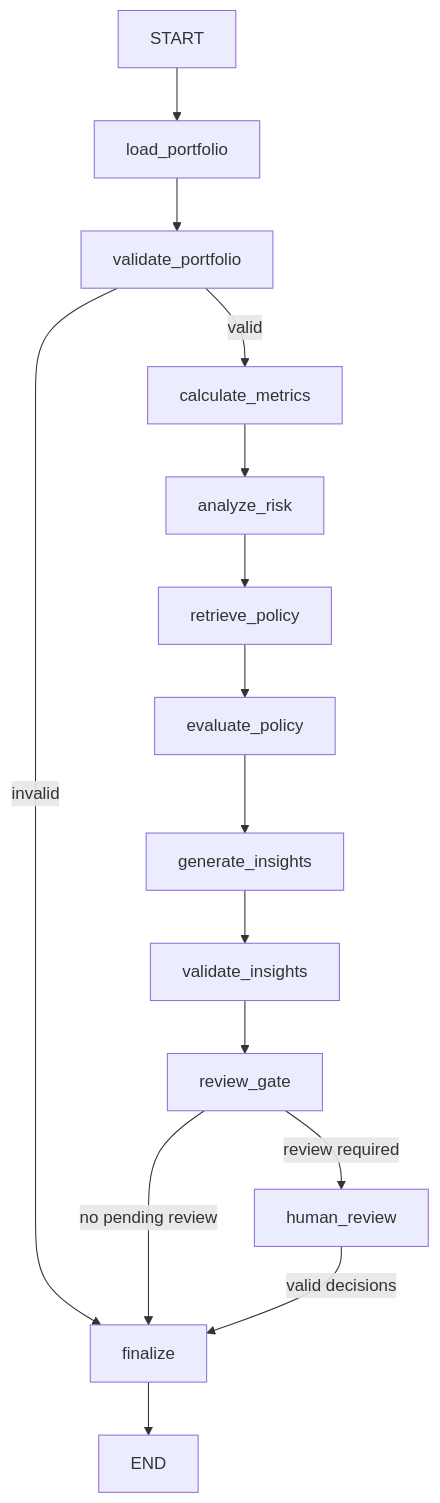
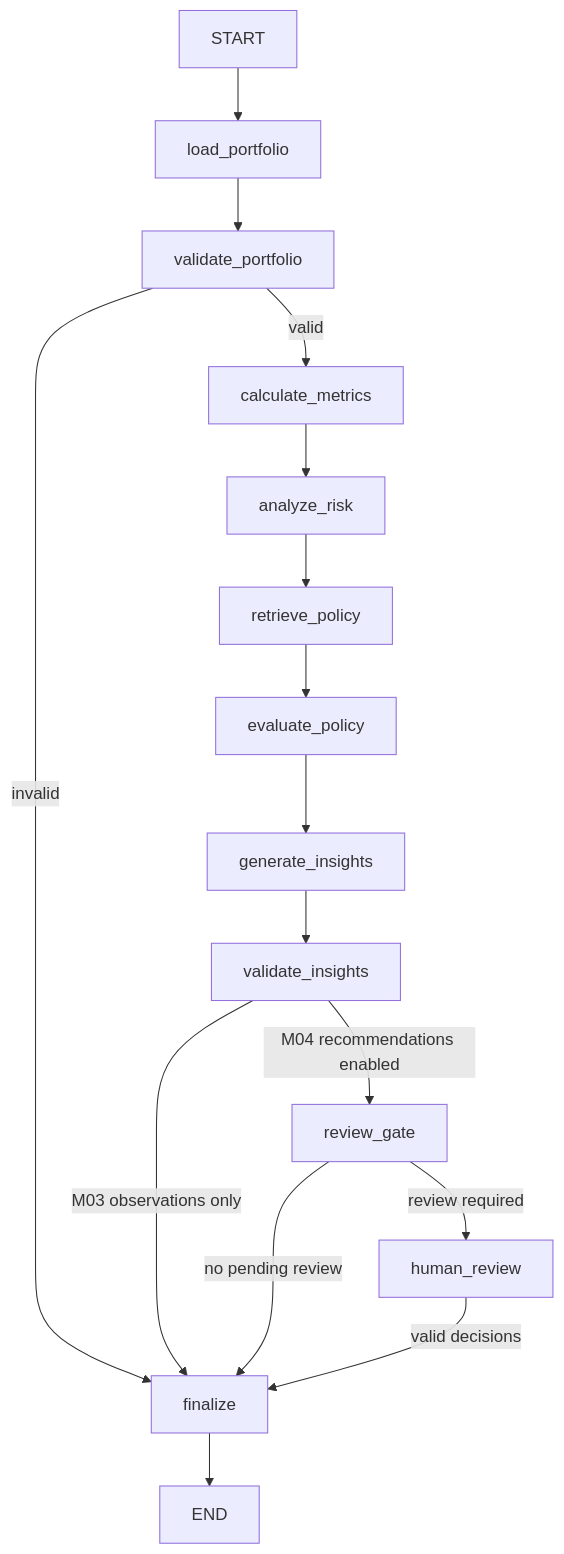
One commit to MGimenez059/RiskLens changed the diagram in docs/03-architecture/graph-spec.md. Above: the diagram before and after it, drawn with Mermaid. The commit also changed other lines of this file and 46 other files, not shown here.

````diff
--- a/docs/03-architecture/graph-spec.md
+++ b/docs/03-architecture/graph-spec.md
@@ -10,17 +14,18 @@
 ```mermaid
 flowchart TD
     START --> load_portfolio
     load_portfolio --> validate_portfolio
     validate_portfolio -->|valid| calculate_metrics
     validate_portfolio -->|invalid| finalize
     calculate_metrics --> analyze_risk
     analyze_risk --> retrieve_policy
     retrieve_policy --> evaluate_policy
     evaluate_policy --> generate_insights
     generate_insights --> validate_insights
-    validate_insights --> review_gate
+    validate_insights -->|M03 observations only| finalize
+    validate_insights -->|M04 recommendations enabled| review_gate
     review_gate -->|no pending review| finalize
     review_gate -->|review required| human_review
     human_review -->|valid decisions| finalize
     finalize --> END
 ```
````
